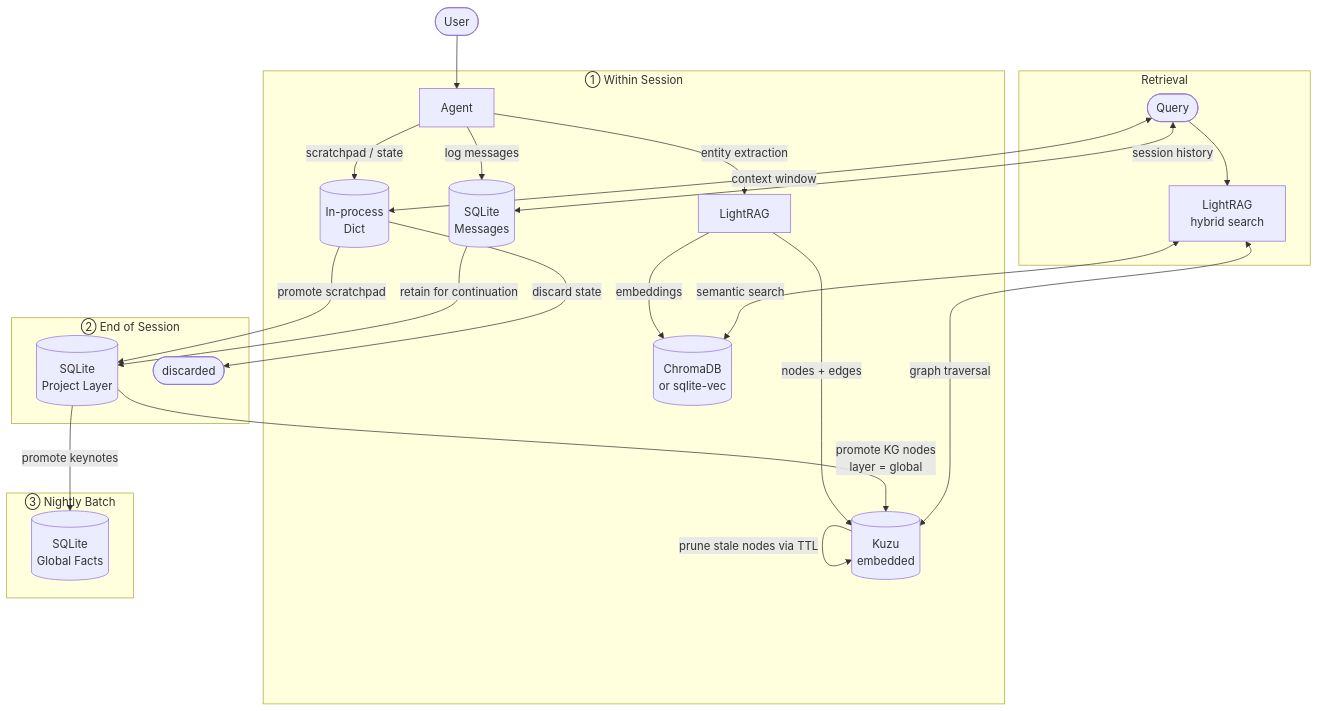
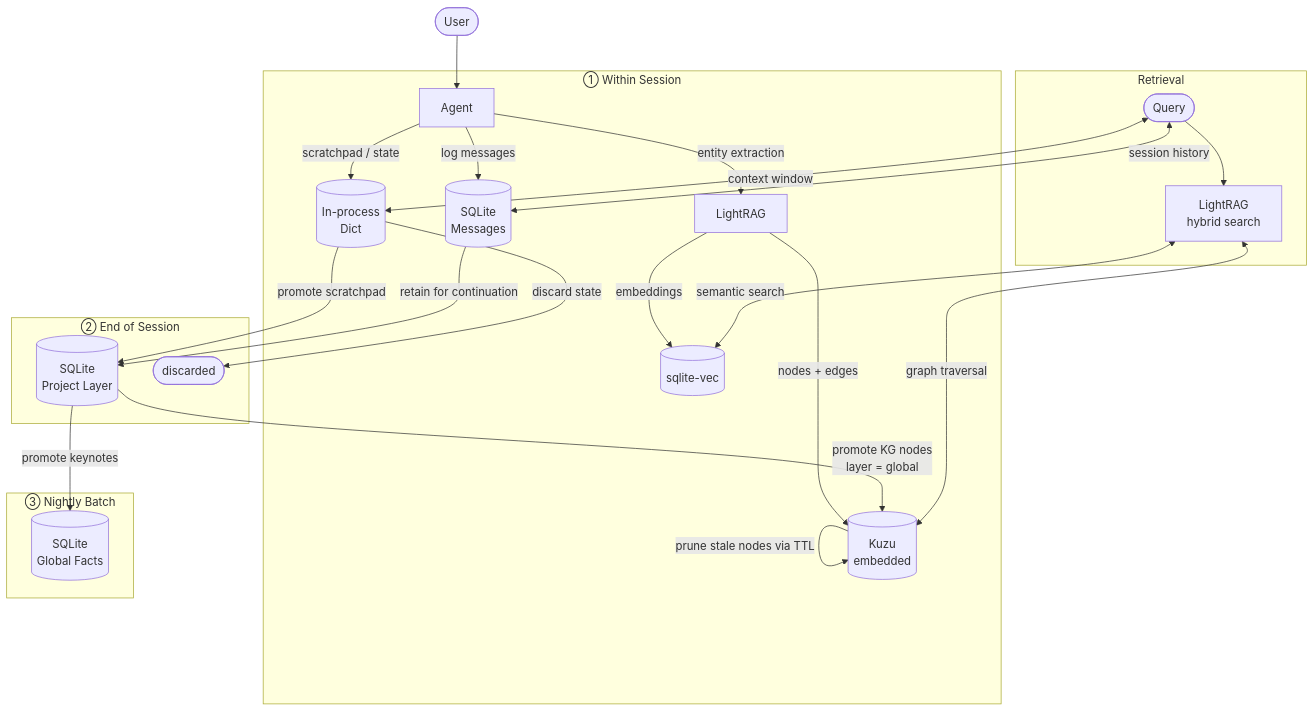
One commit to KodeWorker/craftsman changed the diagram in docs/roadmap.md. Above: the diagram before and after it, drawn with Mermaid. The commit also changed other lines of this file and 2 other files, not shown here.

Commit message:
select sqlite-vec

````diff
--- a/docs/roadmap.md
+++ b/docs/roadmap.md
@@ -40,32 +40,32 @@
 ```mermaid
 flowchart TD
     U([User]) --> AG[Agent]
 
     subgraph LIVE["① Within Session"]
         AG -->|scratchpad / state| MEM[(In-process\nDict)]
         AG -->|log messages| MSG[(SQLite\nMessages)]
         AG -->|entity extraction| LR[LightRAG]
         LR -->|nodes + edges| KZ[(Kuzu\nembedded)]
-        LR -->|embeddings| VEC[(ChromaDB\nor sqlite-vec)]
+        LR -->|embeddings| VEC[(sqlite-vec)]
     end
 
     subgraph EOS["② End of Session"]
         MEM -->|promote scratchpad| PROJ[(SQLite\nProject Layer)]
         MSG -->|retain for continuation| PROJ
         MEM -->|discard state| NIL([discarded])
     end
 
     subgraph NIGHT["③ Nightly Batch"]
         PROJ -->|promote keynotes| GF[(SQLite\nGlobal Facts)]
         PROJ -->|promote KG nodes\nlayer = global| KZ
         KZ -->|prune stale nodes via TTL| KZ
     end
 
     subgraph READ["Retrieval"]
         Q([Query]) --> LR2[LightRAG\nhybrid search]
         LR2 <-->|graph traversal| KZ
         LR2 <-->|semantic search| VEC
         Q <-->|context window| MEM
         Q <-->|session history| MSG
     end
 ```
````
